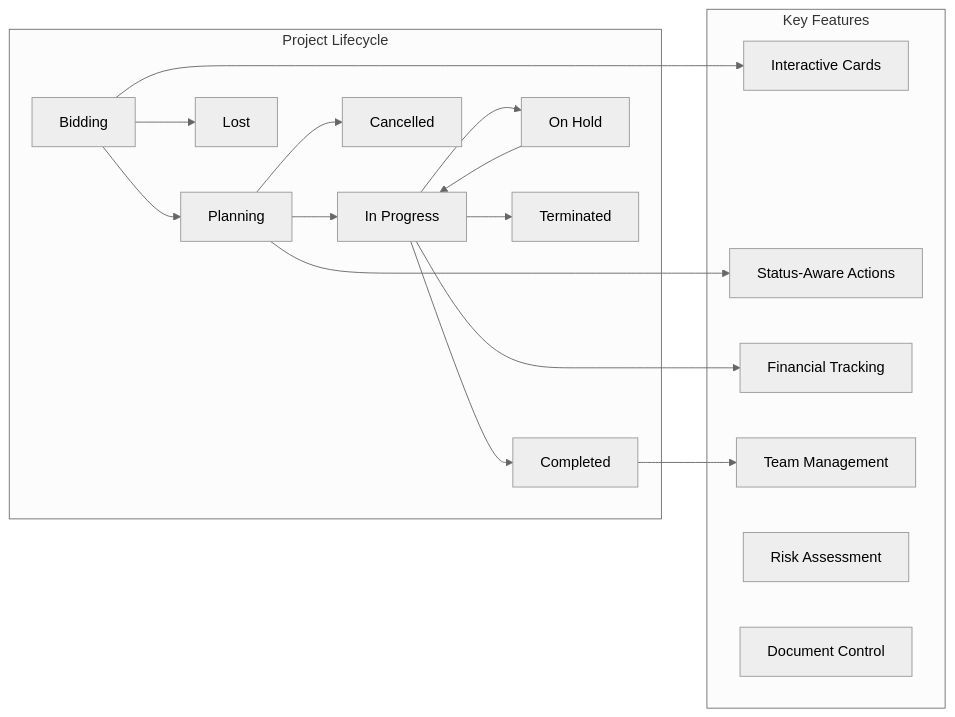
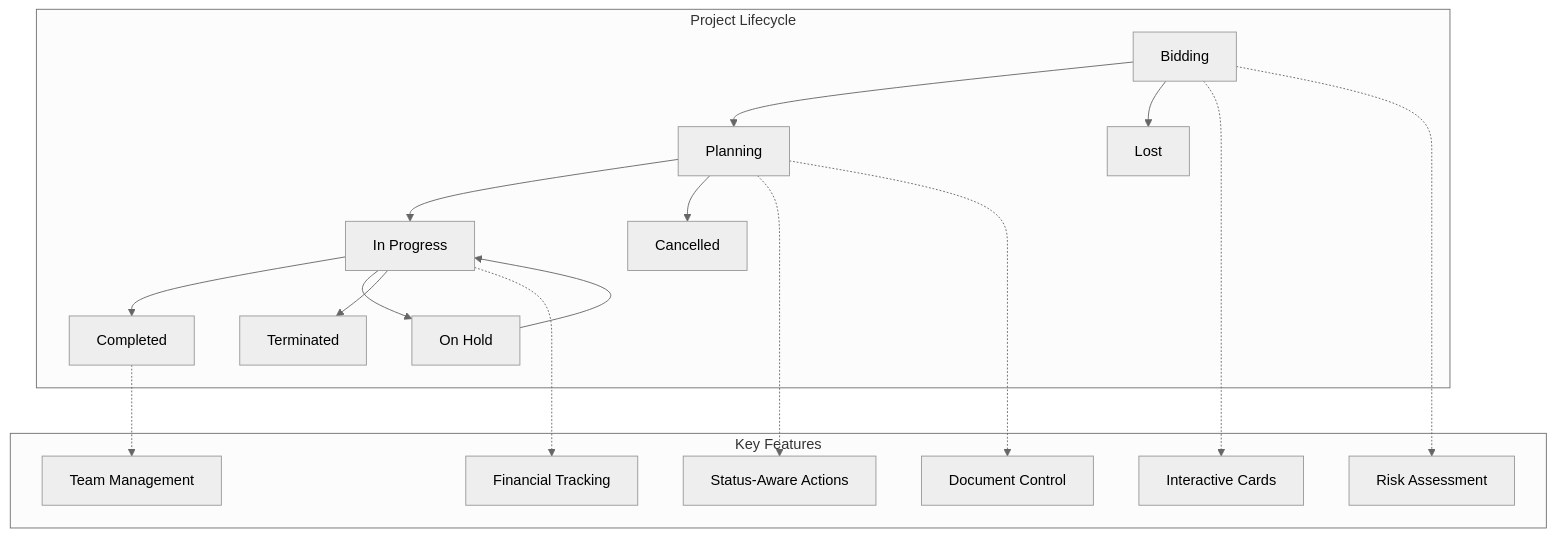
One commit to financeaiguy/humber-os changed the eighth of 14 diagrams in README.md. Above: the diagram before and after it, drawn with Mermaid (neutral theme). The commit also changed other lines of this file, not shown here.

First line of the commit message:
fix: Correct Mermaid chart syntax for proper rendering

````diff
--- a/README.md
+++ b/README.md
@@ -834,28 +782,30 @@
 ```mermaid
-graph LR
+graph TB
     subgraph "Project Lifecycle"
         A[Bidding] --> B[Planning]
         B --> C[In Progress]
         C --> D[Completed]
         
         A --> E[Lost]
         B --> F[Cancelled]
         C --> G[On Hold]
         C --> H[Terminated]
         G --> C
     end
     
     subgraph "Key Features"
         I[Interactive Cards]
         J[Status-Aware Actions]
         K[Financial Tracking]
         L[Team Management]
         M[Risk Assessment]
         N[Document Control]
     end
     
-    A --> I
-    B --> J
-    C --> K
-    D --> L
+    A -.-> I
+    B -.-> J
+    C -.-> K
+    D -.-> L
+    A -.-> M
+    B -.-> N
 ```
````
